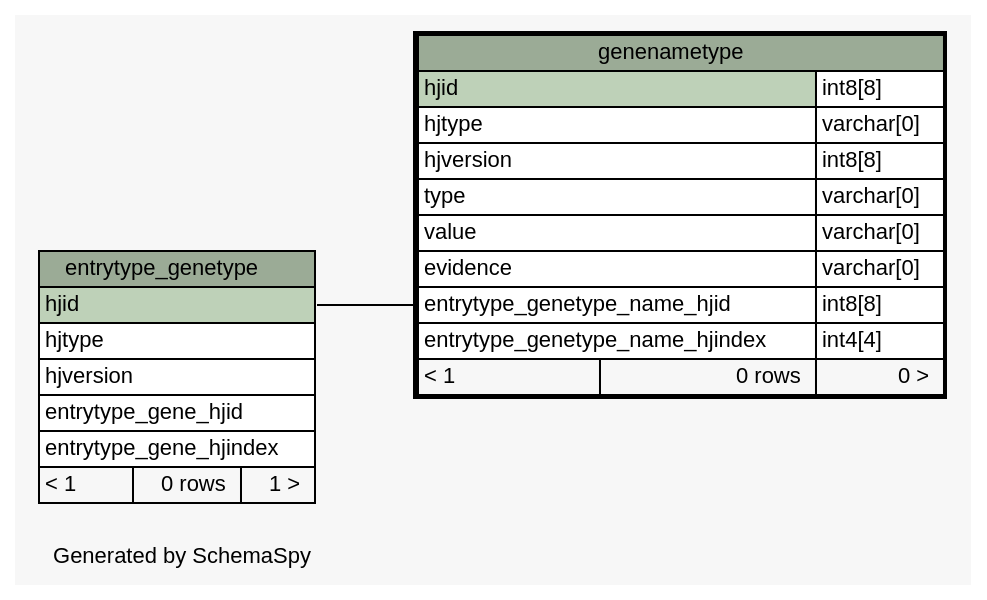
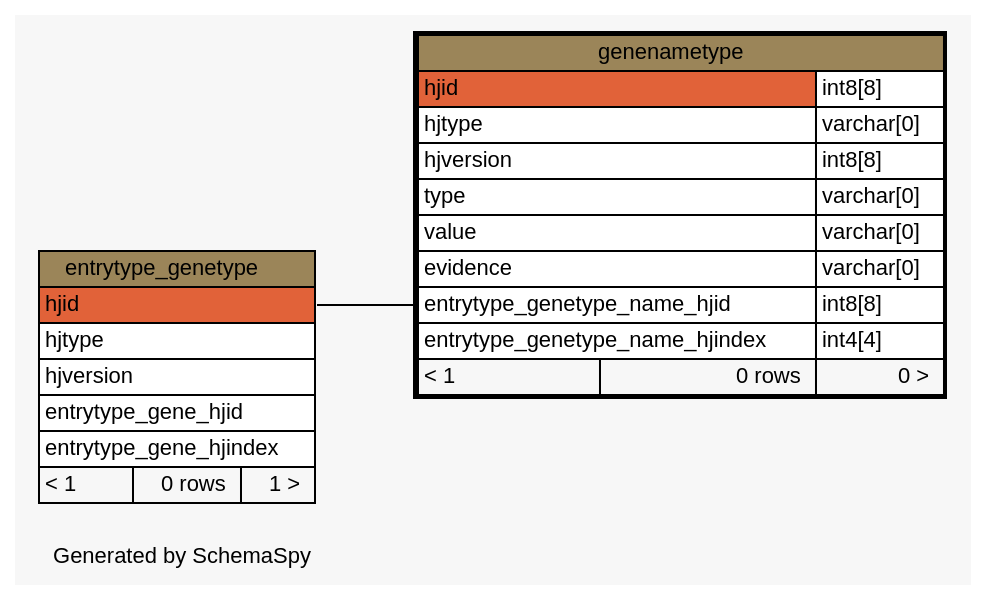
The diagram in site/docs/schemaspy/gmbuilderdb/diagrams/genenametype.1degree.dot (lmu-bioinformatics/xmlpipedb), drawn with Graphviz before and after one commit. The commit also changed 1111 other files, not shown here.

```diff
--- a/site/docs/schemaspy/gmbuilderdb/diagrams/genenametype.1degree.dot
+++ b/site/docs/schemaspy/gmbuilderdb/diagrams/genenametype.1degree.dot
@@ -1,54 +1,54 @@
 // dot 2.22.2 on Windows Vista 6.0
 // SchemaSpy rev 536
 digraph "oneDegreeRelationshipsDiagram" {
   graph [
     rankdir="RL"
     bgcolor="#f7f7f7"
     label="\nGenerated by SchemaSpy"
     labeljust="l"
     nodesep="0.18"
     ranksep="0.46"
     fontname="Helvetica"
     fontsize="11"
   ];
   node [
     fontname="Helvetica"
     fontsize="11"
     shape="plaintext"
   ];
   edge [
     arrowsize="0.8"
   ];
   "genenametype":"entrytype_genetype_name_hjid":w -> "entrytype_genetype":"hjid":e [arrowhead=none arrowtail=crowodot];
   "entrytype_genetype" [
     label=<
     <TABLE BORDER="0" CELLBORDER="1" CELLSPACING="0" BGCOLOR="#ffffff">
-      <TR><TD COLSPAN="3" BGCOLOR="#9bab96" ALIGN="CENTER">entrytype_genetype</TD></TR>
-      <TR><TD PORT="hjid" COLSPAN="3" BGCOLOR="#bed1b8" ALIGN="LEFT">hjid</TD></TR>
+      <TR><TD COLSPAN="3" BGCOLOR="#9b8559" ALIGN="CENTER">entrytype_genetype</TD></TR>
+      <TR><TD PORT="hjid" COLSPAN="3" BGCOLOR="#e16239" ALIGN="LEFT">hjid</TD></TR>
       <TR><TD PORT="hjtype" COLSPAN="3" ALIGN="LEFT">hjtype</TD></TR>
       <TR><TD PORT="hjversion" COLSPAN="3" ALIGN="LEFT">hjversion</TD></TR>
       <TR><TD PORT="entrytype_gene_hjid" COLSPAN="3" ALIGN="LEFT">entrytype_gene_hjid</TD></TR>
       <TR><TD PORT="entrytype_gene_hjindex" COLSPAN="3" ALIGN="LEFT">entrytype_gene_hjindex</TD></TR>
       <TR><TD ALIGN="LEFT" BGCOLOR="#f7f7f7">&lt; 1</TD><TD ALIGN="RIGHT" BGCOLOR="#f7f7f7">0 rows</TD><TD ALIGN="RIGHT" BGCOLOR="#f7f7f7">1 &gt;</TD></TR>
     </TABLE>>
     URL="entrytype_genetype.html"
     tooltip="entrytype_genetype"
   ];
   "genenametype" [
     label=<
     <TABLE BORDER="2" CELLBORDER="1" CELLSPACING="0" BGCOLOR="#ffffff">
-      <TR><TD COLSPAN="3" BGCOLOR="#9bab96" ALIGN="CENTER">genenametype</TD></TR>
-      <TR><TD PORT="hjid" COLSPAN="2" BGCOLOR="#bed1b8" ALIGN="LEFT">hjid</TD><TD PORT="hjid.type" ALIGN="LEFT">int8[8]</TD></TR>
+      <TR><TD COLSPAN="3" BGCOLOR="#9b8559" ALIGN="CENTER">genenametype</TD></TR>
+      <TR><TD PORT="hjid" COLSPAN="2" BGCOLOR="#e16239" ALIGN="LEFT">hjid</TD><TD PORT="hjid.type" ALIGN="LEFT">int8[8]</TD></TR>
       <TR><TD PORT="hjtype" COLSPAN="2" ALIGN="LEFT">hjtype</TD><TD PORT="hjtype.type" ALIGN="LEFT">varchar[0]</TD></TR>
       <TR><TD PORT="hjversion" COLSPAN="2" ALIGN="LEFT">hjversion</TD><TD PORT="hjversion.type" ALIGN="LEFT">int8[8]</TD></TR>
       <TR><TD PORT="type" COLSPAN="2" ALIGN="LEFT">type</TD><TD PORT="type.type" ALIGN="LEFT">varchar[0]</TD></TR>
       <TR><TD PORT="value" COLSPAN="2" ALIGN="LEFT">value</TD><TD PORT="value.type" ALIGN="LEFT">varchar[0]</TD></TR>
       <TR><TD PORT="evidence" COLSPAN="2" ALIGN="LEFT">evidence</TD><TD PORT="evidence.type" ALIGN="LEFT">varchar[0]</TD></TR>
       <TR><TD PORT="entrytype_genetype_name_hjid" COLSPAN="2" ALIGN="LEFT">entrytype_genetype_name_hjid</TD><TD PORT="entrytype_genetype_name_hjid.type" ALIGN="LEFT">int8[8]</TD></TR>
       <TR><TD PORT="entrytype_genetype_name_hjindex" COLSPAN="2" ALIGN="LEFT">entrytype_genetype_name_hjindex</TD><TD PORT="entrytype_genetype_name_hjindex.type" ALIGN="LEFT">int4[4]</TD></TR>
       <TR><TD ALIGN="LEFT" BGCOLOR="#f7f7f7">&lt; 1</TD><TD ALIGN="RIGHT" BGCOLOR="#f7f7f7">0 rows</TD><TD ALIGN="RIGHT" BGCOLOR="#f7f7f7">0 &gt;</TD></TR>
     </TABLE>>
     URL="genenametype.html"
     tooltip="genenametype"
   ];
 }
```
